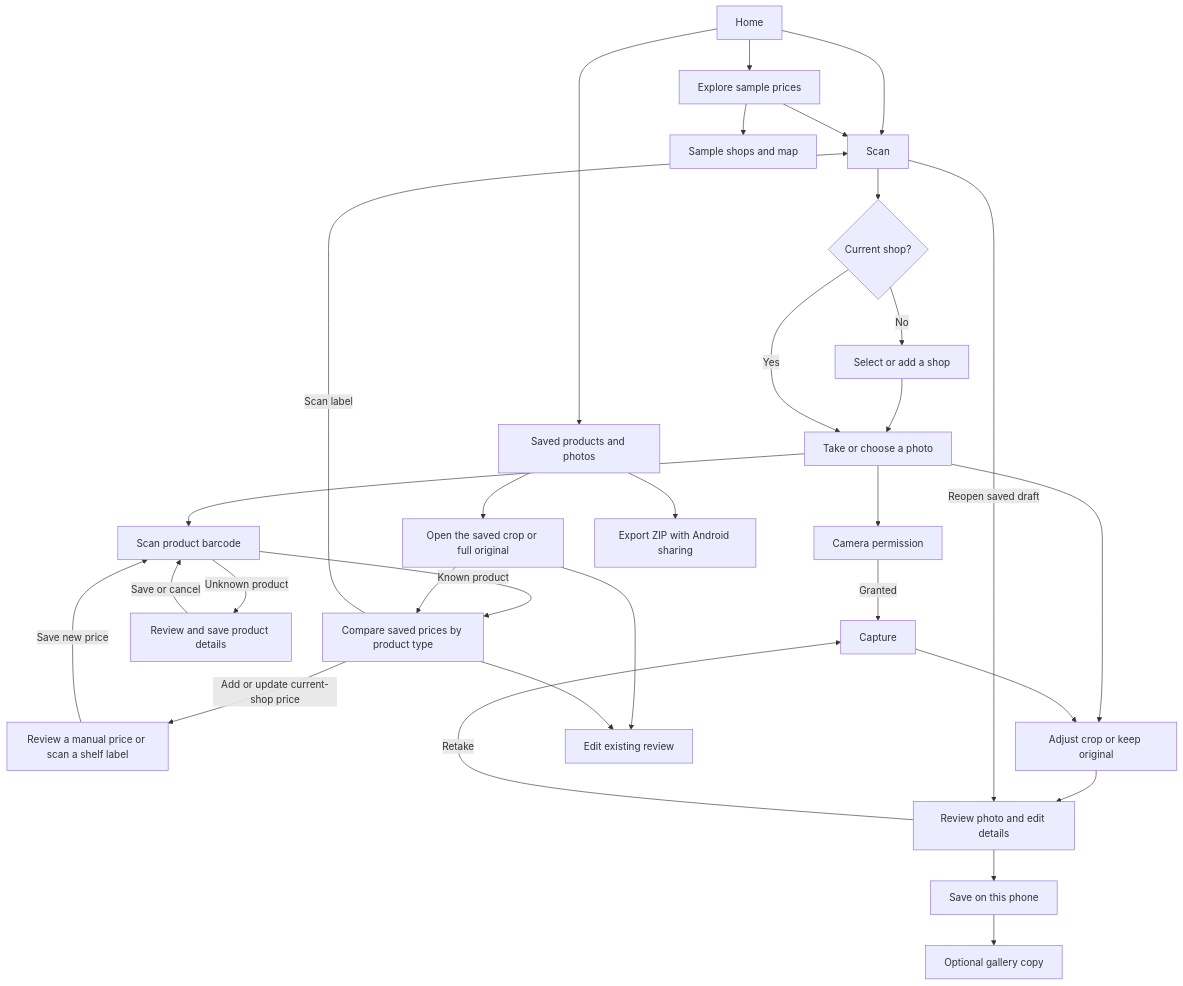
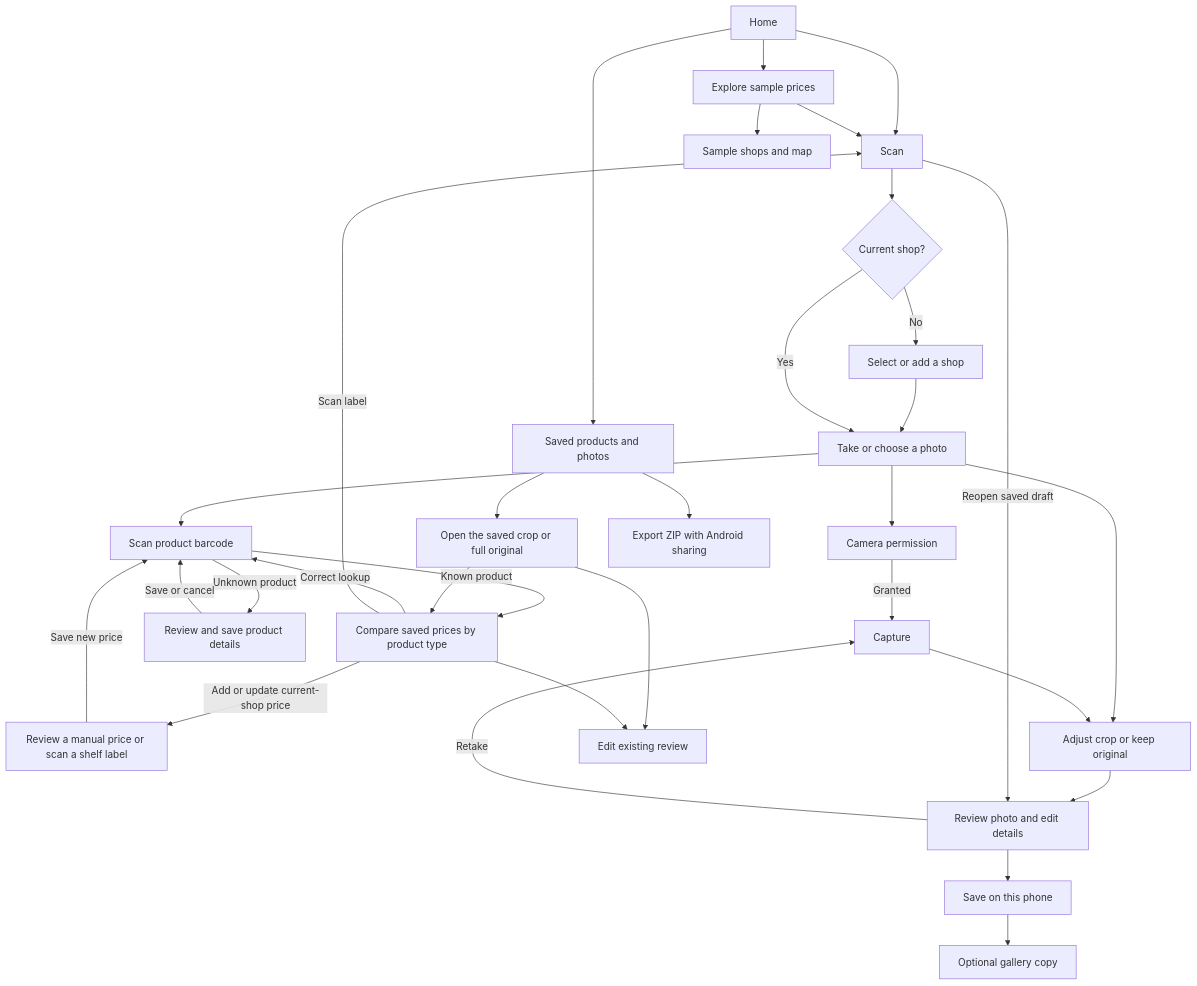
One commit to Maratatasan/cheapo-app changed the diagram in docs/app-map.md. Above: the diagram before and after it, drawn with Mermaid. The commit also changed other lines of this file and 6 other files, not shown here.

````diff
--- a/docs/app-map.md
+++ b/docs/app-map.md
@@ -11,33 +11,34 @@
 ```mermaid
 flowchart TD
     Home --> Scan
     Scan --> CurrentShop{"Current shop?"}
     CurrentShop -->|No| ChooseShop["Select or add a shop"]
     ChooseShop --> Source["Take or choose a photo"]
     CurrentShop -->|Yes| Source
     Source --> Barcode["Scan product barcode"]
     Barcode -->|Known product| Compare
+    Compare -->|Correct lookup| Barcode
     Compare -->|Add or update current-shop price| PriceReview["Review a manual price or scan a shelf label"]
     PriceReview -->|Save new price| Barcode
     Barcode -->|Unknown product| AddProduct["Review and save product details"]
     AddProduct -->|Save or cancel| Barcode
     Source --> Permission["Camera permission"]
     Source --> Crop
     Permission -->|Granted| Capture
     Capture --> Crop["Adjust crop or keep original"]
     Crop --> Review["Review photo and edit details"]
     Review -->|Retake| Capture
     Review --> Save["Save on this phone"]
     Save --> Gallery["Optional gallery copy"]
     Home --> Saved["Saved products and photos"]
     Saved --> SavedPhoto["Open the saved crop or full original"]
     SavedPhoto --> Compare["Compare saved prices by product type"]
     SavedPhoto --> Edit["Edit existing review"]
     Compare --> Edit
     Compare -->|Scan label| Scan
     Saved --> Export["Export ZIP with Android sharing"]
     Scan -->|Reopen saved draft| Review
     Home --> Results["Explore sample prices"]
     Results --> Shops["Sample shops and map"]
     Results --> Scan
 ```
````
